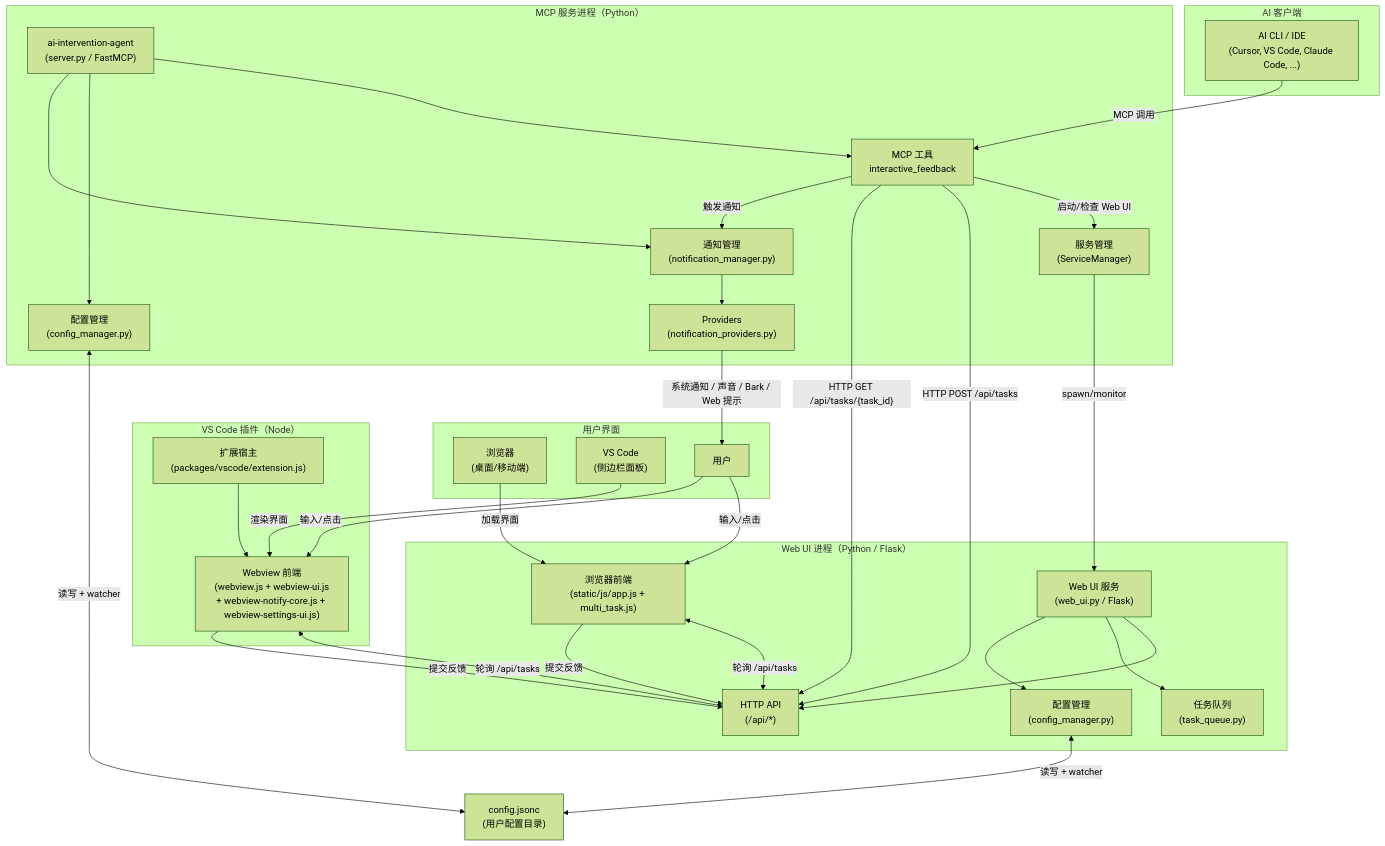
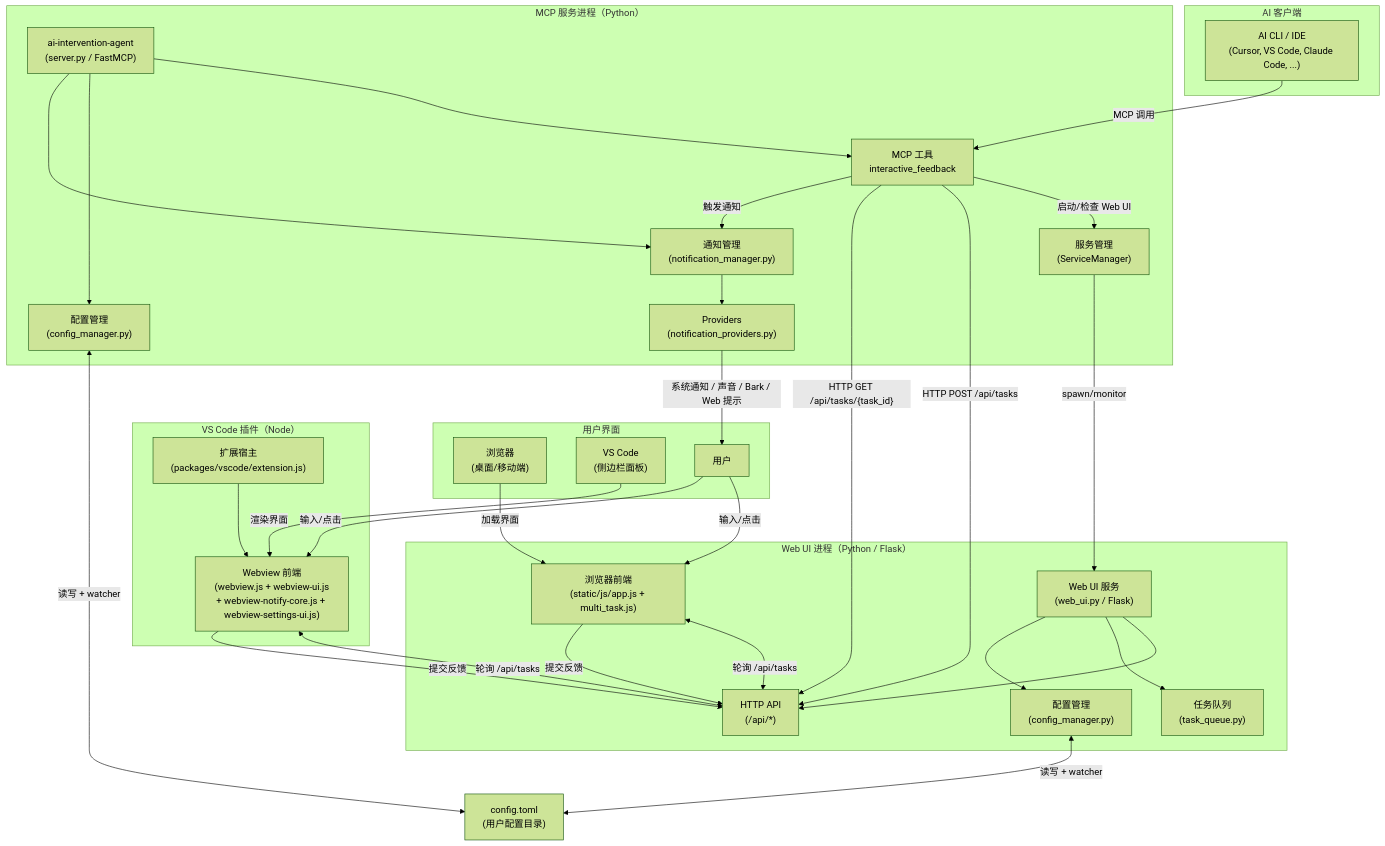
Before and after one commit to XIADENGMA/ai-intervention-agent: the diagram in README.zh-CN.md, drawn with Mermaid (forest theme). The commit also changed other lines of this file and 3 other files, not shown here.

````diff
--- a/README.zh-CN.md
+++ b/README.zh-CN.md
@@ -199,66 +196,66 @@
 ```mermaid
 flowchart TD
   subgraph CLIENTS["AI 客户端"]
     AI_CLIENT["AI CLI / IDE<br/>(Cursor, VS Code, Claude Code, ...)"]
   end
 
   subgraph MCP_PROC["MCP 服务进程（Python）"]
     MCP_SRV["ai-intervention-agent<br/>(server.py / FastMCP)"]
     MCP_TOOL["MCP 工具<br/>interactive_feedback"]
     SVC_MGR["服务管理<br/>(ServiceManager)"]
     CFG_MGR_MCP["配置管理<br/>(config_manager.py)"]
     NOTIF_MGR["通知管理<br/>(notification_manager.py)"]
     NOTIF_PROVIDERS["Providers<br/>(notification_providers.py)"]
     MCP_SRV --> MCP_TOOL
     MCP_SRV --> CFG_MGR_MCP
     MCP_SRV --> NOTIF_MGR
     NOTIF_MGR --> NOTIF_PROVIDERS
   end
 
   subgraph WEB_PROC["Web UI 进程（Python / Flask）"]
     WEB_SRV["Web UI 服务<br/>(web_ui.py / Flask)"]
     WEB_CFG_MGR["配置管理<br/>(config_manager.py)"]
     HTTP_API["HTTP API<br/>(/api/*)"]
     TASK_Q["任务队列<br/>(task_queue.py)"]
     WEB_FRONTEND["浏览器前端<br/>(static/js/app.js + multi_task.js)"]
     WEB_SRV --> HTTP_API
     WEB_SRV --> TASK_Q
     WEB_SRV --> WEB_CFG_MGR
     WEB_FRONTEND <-->|轮询 /api/tasks| HTTP_API
     WEB_FRONTEND -->|提交反馈| HTTP_API
   end
 
   subgraph VSCODE_PROC["VS Code 插件（Node）"]
     VSCODE_EXT["扩展宿主<br/>(packages/vscode/extension.js)"]
     VSCODE_WEBVIEW["Webview 前端<br/>(webview.js + webview-ui.js<br/>+ webview-notify-core.js + webview-settings-ui.js)"]
     VSCODE_EXT --> VSCODE_WEBVIEW
     VSCODE_WEBVIEW <-->|轮询 /api/tasks| HTTP_API
     VSCODE_WEBVIEW -->|提交反馈| HTTP_API
   end
 
   subgraph USER_UI["用户界面"]
     BROWSER["浏览器<br/>(桌面/移动端)"]
     VSCODE["VS Code<br/>(侧边栏面板)"]
     USER["用户"]
   end
 
-  CFG_FILE["config.jsonc<br/>(用户配置目录)"]
+  CFG_FILE["config.toml<br/>(用户配置目录)"]
 
   AI_CLIENT -->|MCP 调用| MCP_TOOL
   MCP_TOOL -->|启动/检查 Web UI| SVC_MGR
   SVC_MGR -->|spawn/monitor| WEB_SRV
 
   USER -->|输入/点击| WEB_FRONTEND
   USER -->|输入/点击| VSCODE_WEBVIEW
   BROWSER -->|加载界面| WEB_FRONTEND
   VSCODE -->|渲染界面| VSCODE_WEBVIEW
 
   MCP_TOOL -->|"HTTP POST /api/tasks"| HTTP_API
   MCP_TOOL -->|"HTTP GET /api/tasks/{task_id}"| HTTP_API
 
   WEB_CFG_MGR <-->|读写 + watcher| CFG_FILE
   CFG_MGR_MCP <-->|读写 + watcher| CFG_FILE
 
   MCP_TOOL -->|触发通知| NOTIF_MGR
   NOTIF_PROVIDERS -->|系统通知 / 声音 / Bark / Web 提示| USER
 ```
````
